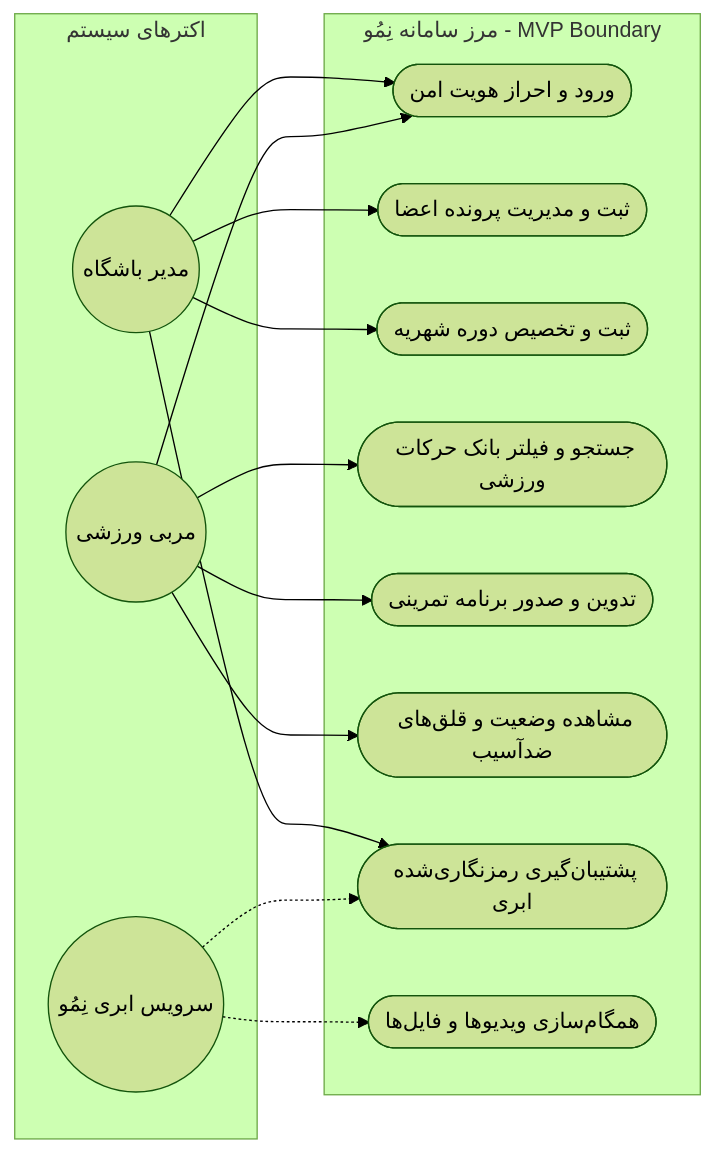
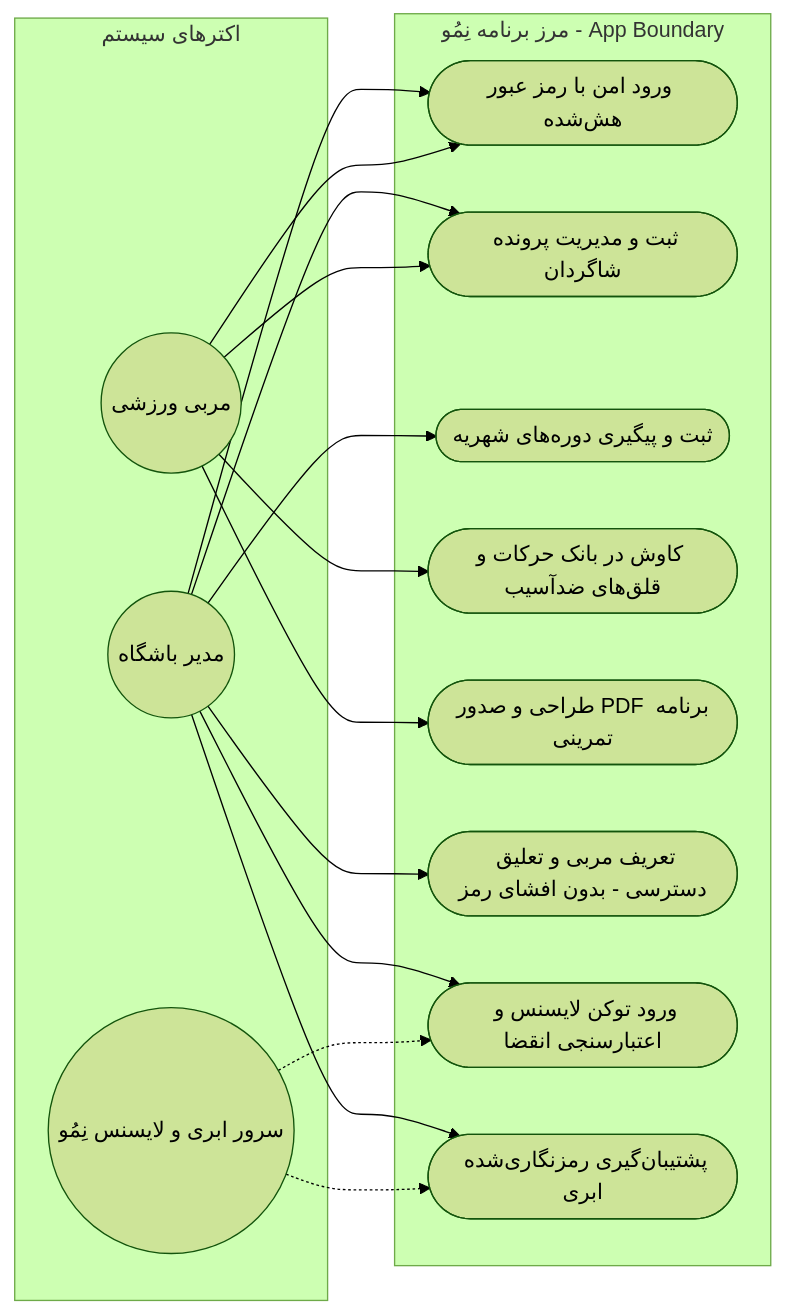
Before and after one commit to AbolfazlSamadi2006/Nemov-App: the first of 4 diagrams in docs/phase-2_diagrams-and-system-design/README.md, drawn with Mermaid (forest theme). The commit also changed other lines of this file and 1 other file, not shown here.

Commit message:
docs(ssad): refine personas, privacy-respecting access controls, license architecture, and UML diagrams

````diff
--- a/docs/phase-2_diagrams-and-system-design/README.md
+++ b/docs/phase-2_diagrams-and-system-design/README.md
@@ -11,32 +11,34 @@
 ```mermaid
 flowchart LR
     subgraph Actors [اکترهای سیستم]
         Admin((مدیر باشگاه))
         Coach((مربی ورزشی))
-        Cloud((سرویس ابری نِمُو))
+        Cloud((سرور ابری و لایسنس نِمُو))
     end
 
-    subgraph Nemov_MVP [مرز سامانه نِمُو - MVP Boundary]
-        UC1([ورود و احراز هویت امن])
-        UC2([ثبت و مدیریت پرونده اعضا])
-        UC3([ثبت و تخصیص دوره شهریه])
-        UC4([جستجو و فیلتر بانک حرکات ورزشی])
-        UC5([تدوین و صدور برنامه تمرینی])
-        UC6([مشاهده وضعیت و قلق‌های ضدآسیب])
-        UC7([پشتیبان‌گیری رمزنگاری‌شده ابری])
-        UC8([همگام‌سازی ویدیوها و فایل‌ها])
+    subgraph Nemov_App [مرز برنامه نِمُو - App Boundary]
+        UC1([ورود امن با رمز عبور هش‌شده])
+        UC2([ثبت و مدیریت پرونده شاگردان])
+        UC3([ثبت و پیگیری دوره‌های شهریه])
+        UC4([کاوش در بانک حرکات و قلق‌های ضدآسیب])
+        UC5([طراحی و صدور PDF برنامه تمرینی])
+        UC6([تعریف مربی و تعلیق دسترسی - بدون افشای رمز])
+        UC7([ورود توکن لایسنس و اعتبارسنجی انقضا])
+        UC8([پشتیبان‌گیری رمزنگاری‌شده ابری])
     end
 
     Admin --> UC1
     Admin --> UC2
     Admin --> UC3
+    Admin --> UC6
     Admin --> UC7
+    Admin --> UC8
 
     Coach --> UC1
+    Coach --> UC2
     Coach --> UC4
     Coach --> UC5
-    Coach --> UC6
 
     Cloud -.-> UC7
     Cloud -.-> UC8
 ```
````
